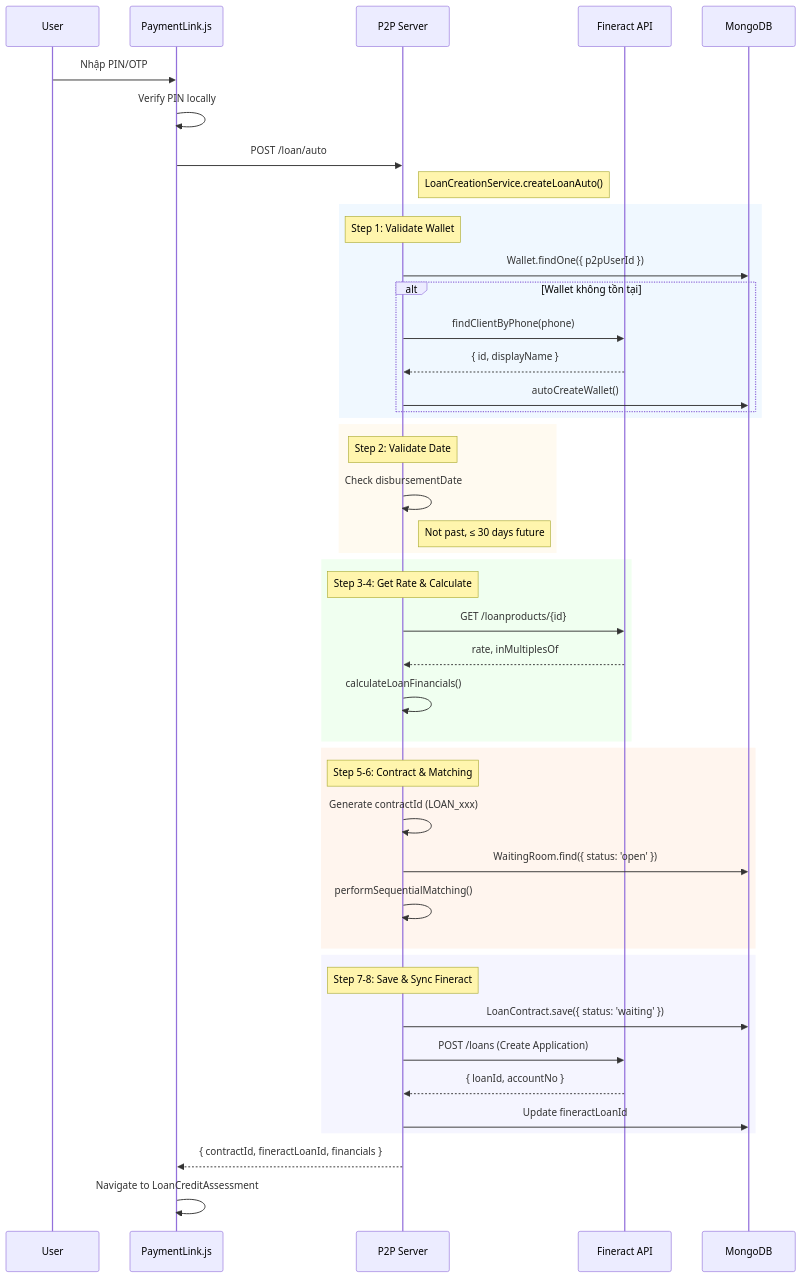
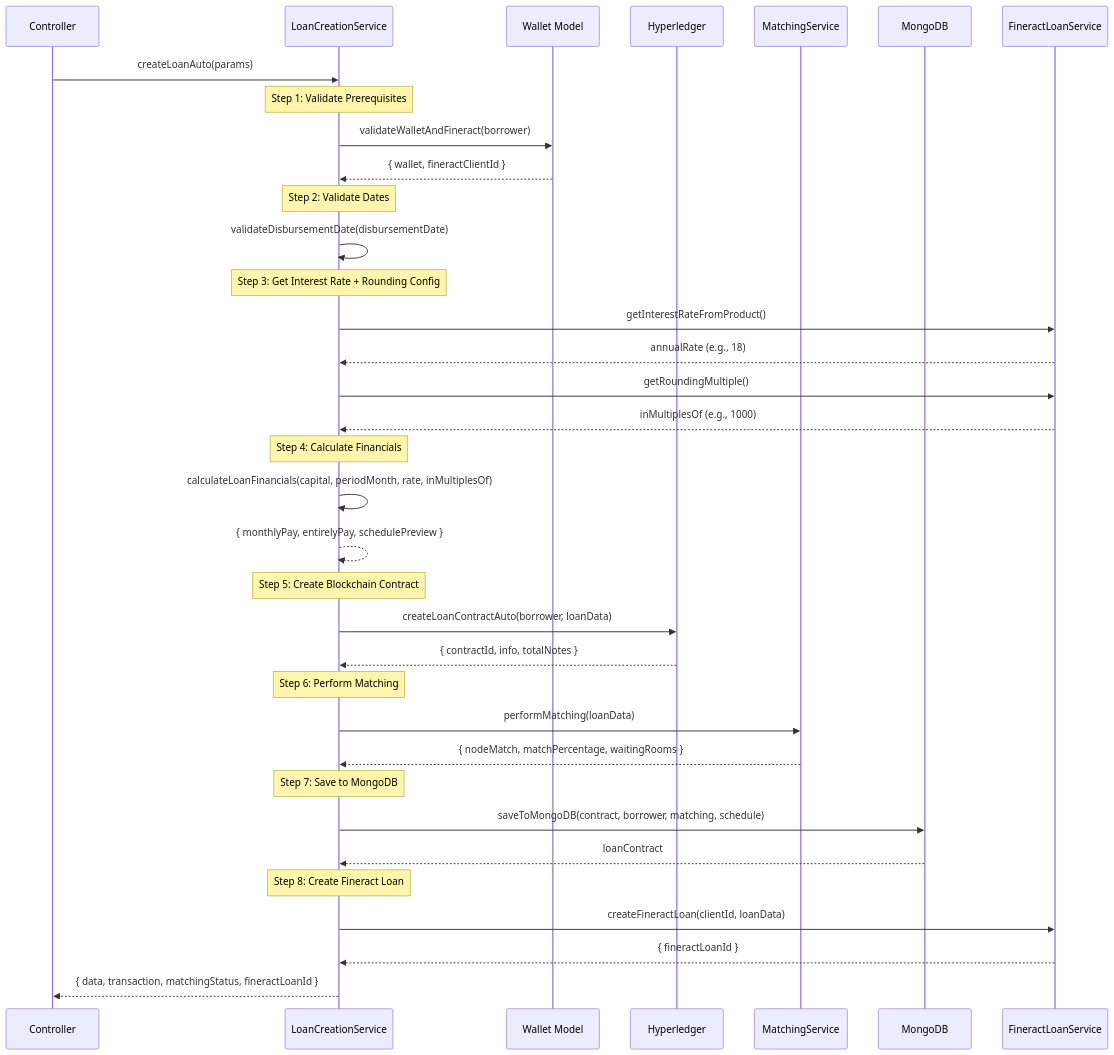
One commit to TruonggGiangg/p2p-do-an changed the second of 2 diagrams in docs/docs/03-backend-services/service-loan/loan-creation-flow.md. Above: the diagram before and after it, drawn with Mermaid. The commit also changed other lines of this file and 6 other files, not shown here.

````diff
--- a/docs/docs/03-backend-services/service-loan/loan-creation-flow.md
+++ b/docs/docs/03-backend-services/service-loan/loan-creation-flow.md
@@ -122,55 +265,47 @@
 ```mermaid
 sequenceDiagram
-    participant User
-    participant App as PaymentLink.js
-    participant Server as P2P Server
-    participant Fineract as Fineract API
+    participant C as Controller
+    participant S as LoanCreationService
+    participant W as Wallet Model
+    participant H as Hyperledger
+    participant M as MatchingService
     participant DB as MongoDB
+    participant F as FineractLoanService
 
-    User->>App: Nhập PIN/OTP
-    App->>App: Verify PIN locally
+    C->>S: createLoanAuto(params)
     
-    App->>Server: POST /loan/auto
-    Note right of Server: LoanCreationService.createLoanAuto()
+    Note over S: Step 1: Validate Prerequisites
+    S->>W: validateWalletAndFineract(borrower)
+    W-->>S: { wallet, fineractClientId }
     
-    rect rgb(240, 248, 255)
-        Note over Server: Step 1: Validate Wallet
-        Server->>DB: Wallet.findOne({ p2pUserId })
-        alt Wallet không tồn tại
-            Server->>Fineract: findClientByPhone(phone)
-            Fineract-->>Server: { id, displayName }
-            Server->>DB: autoCreateWallet()
-        end
-    end
+    Note over S: Step 2: Validate Dates
+    S->>S: validateDisbursementDate(disbursementDate)
     
-    rect rgb(255, 250, 240)
-        Note over Server: Step 2: Validate Date
-        Server->>Server: Check disbursementDate
-        Note right of Server: Not past, ≤ 30 days future
-    end
+    Note over S: Step 3: Get Interest Rate + Rounding Config
+    S->>F: getInterestRateFromProduct()
+    F-->>S: annualRate (e.g., 18)
+    S->>F: getRoundingMultiple()
+    F-->>S: inMultiplesOf (e.g., 1000)
     
-    rect rgb(240, 255, 240)
-        Note over Server: Step 3-4: Get Rate & Calculate
-        Server->>Fineract: GET /loanproducts/{id}
-        Fineract-->>Server: rate, inMultiplesOf
-        Server->>Server: calculateLoanFinancials()
-    end
+    Note over S: Step 4: Calculate Financials
+    S->>S: calculateLoanFinancials(capital, periodMonth, rate, inMultiplesOf)
+    S-->>S: { monthlyPay, entirelyPay, schedulePreview }
     
-    rect rgb(255, 245, 238)
-        Note over Server: Step 5-6: Contract & Matching
-        Server->>Server: Generate contractId (LOAN_xxx)
-        Server->>DB: WaitingRoom.find({ status: 'open' })
-        Server->>Server: performSequentialMatching()
-    end
+    Note over S: Step 5: Create Blockchain Contract
+    S->>H: createLoanContractAuto(borrower, loanData)
+    H-->>S: { contractId, info, totalNotes }
     
-    rect rgb(245, 245, 255)
-        Note over Server: Step 7-8: Save & Sync Fineract
-        Server->>DB: LoanContract.save({ status: 'waiting' })
-        Server->>Fineract: POST /loans (Create Application)
-        Fineract-->>Server: { loanId, accountNo }
-        Server->>DB: Update fineractLoanId
-    end
+    Note over S: Step 6: Perform Matching
+    S->>M: performMatching(loanData)
+    M-->>S: { nodeMatch, matchPercentage, waitingRooms }
     
-    Server-->>App: { contractId, fineractLoanId, financials }
-    App->>App: Navigate to LoanCreditAssessment
+    Note over S: Step 7: Save to MongoDB
+    S->>DB: saveToMongoDB(contract, borrower, matching, schedule)
+    DB-->>S: loanContract
+    
+    Note over S: Step 8: Create Fineract Loan
+    S->>F: createFineractLoan(clientId, loanData)
+    F-->>S: { fineractLoanId }
+    
+    S-->>C: { data, transaction, matchingStatus, fineractLoanId }
 ```
````
